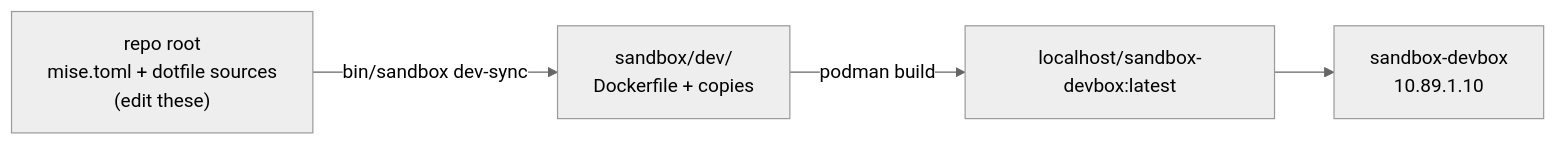
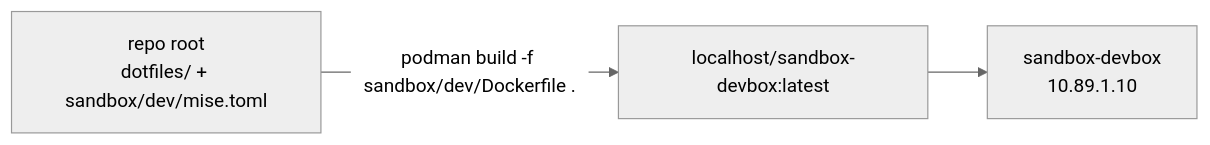
Before and after one commit to TreeHappy/Worktainer: the diagram in sandbox/dev/README.md, drawn with Mermaid (neutral theme). The commit also changed other lines of this file and 66 other files, not shown here.

First line of the commit message:
dotfiles: consolidate all config sources into one dotfiles/ folder

````diff
--- a/sandbox/dev/README.md
+++ b/sandbox/dev/README.md
@@ -20,6 +11,5 @@
 ```mermaid
 flowchart LR
-    ROOT["repo root<br/>mise.toml + dotfile sources<br/>(edit these)"] -->|"bin/sandbox dev-sync"| DEV["sandbox/dev/<br/>Dockerfile + copies"]
-    DEV -->|"podman build"| IMG["localhost/sandbox-devbox:latest"]
+    DOT["repo root<br/>dotfiles/ + sandbox/dev/mise.toml"] -->|"podman build -f sandbox/dev/Dockerfile ."| IMG["localhost/sandbox-devbox:latest"]
     IMG --> BOX["sandbox-devbox<br/>10.89.1.10"]
 ```
````
